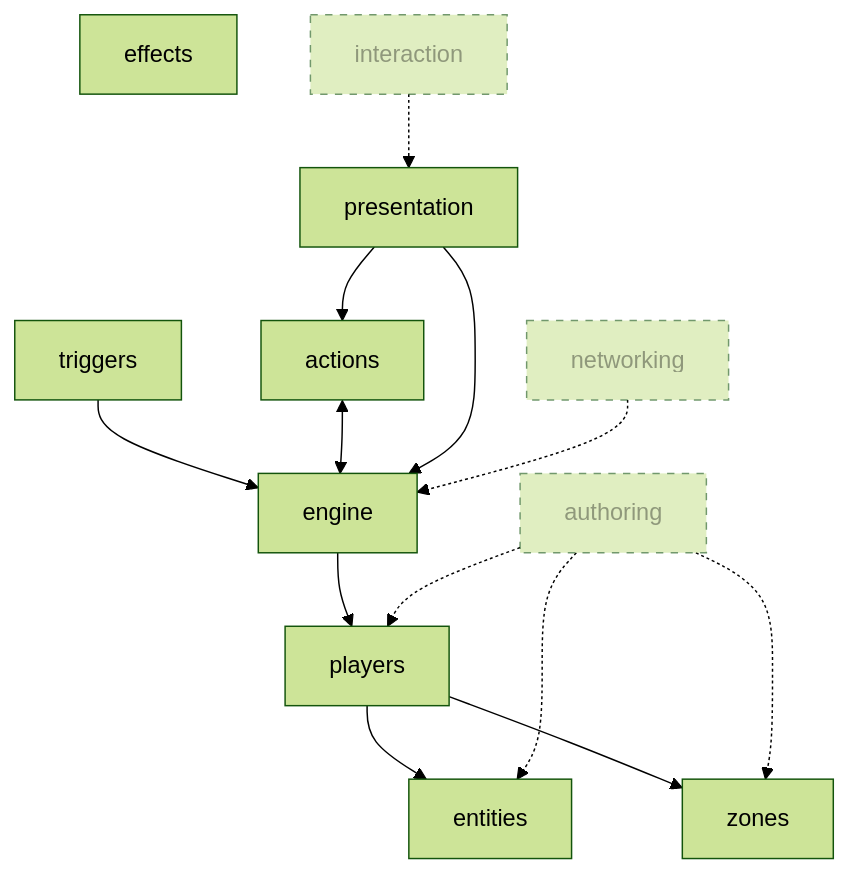
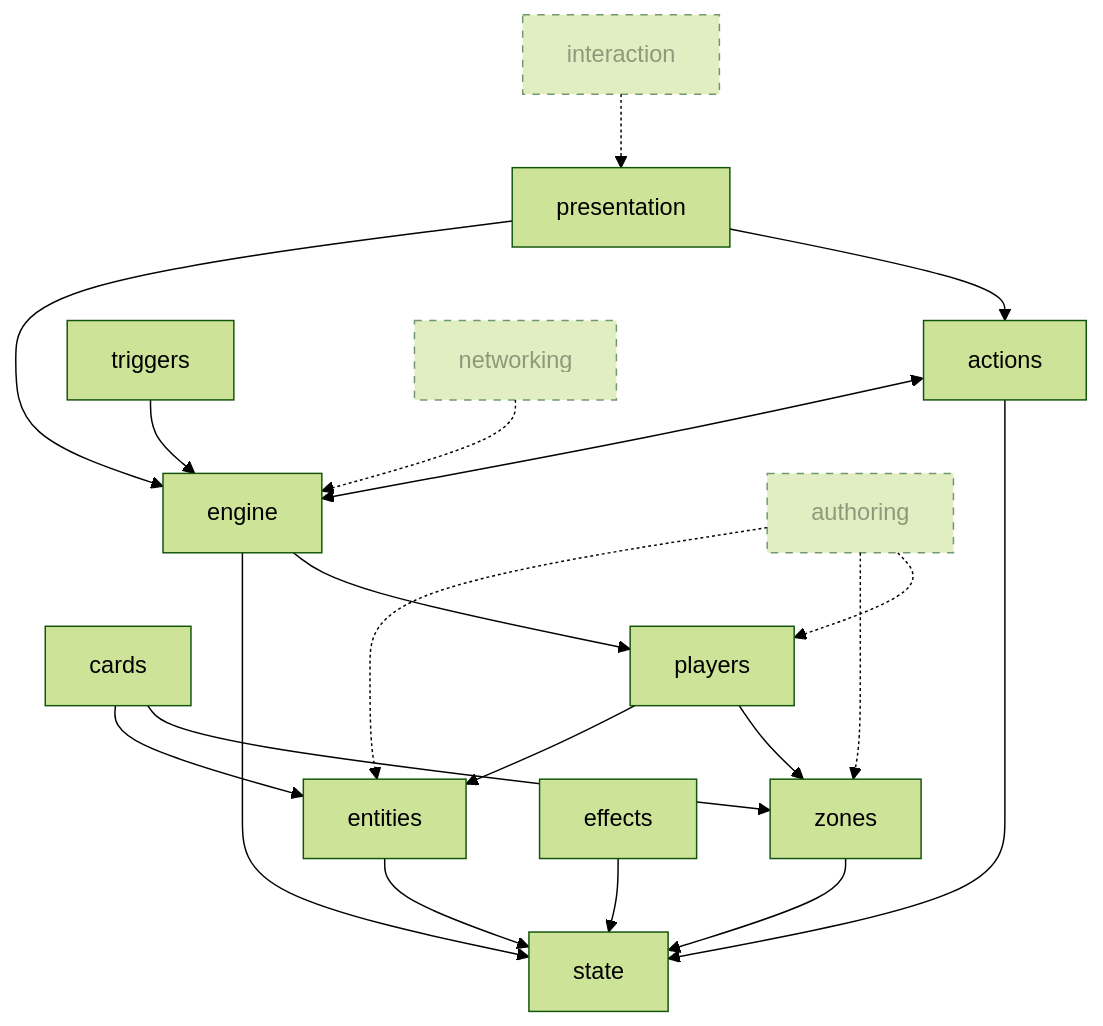
One commit to MgCohen/Card-Framework changed the diagram in Product/ledgers/FEATURE-MAP.md. Above: the diagram before and after it, drawn with Mermaid (forest theme). The commit also changed other lines of this file and 5 other files, not shown here.

````diff
--- a/Product/ledgers/FEATURE-MAP.md
+++ b/Product/ledgers/FEATURE-MAP.md
@@ -45,31 +47,40 @@
 ```mermaid
 graph TD
   classDef considered stroke-dasharray: 5 5,opacity:0.6;
 
+  state[state]
   entities[entities]
   zones[zones]
+  cards[cards]
   players[players]
   engine[engine]
   actions[actions]
   triggers[triggers]
   effects[effects]
   presentation[presentation]
 
   authoring[authoring]:::considered
   interaction[interaction]:::considered
   networking[networking]:::considered
 
+  entities --> state
+  zones --> state
+  cards --> entities
+  cards --> zones
   players --> entities
   players --> zones
   triggers --> engine
   actions <--> engine
+  actions --> state
+  effects --> state
   presentation --> engine
   presentation --> actions
+  engine --> state
   engine --> players
 
   authoring -.-> entities
   authoring -.-> zones
   authoring -.-> players
   interaction -.-> presentation
   networking -.-> engine
 ```
````
